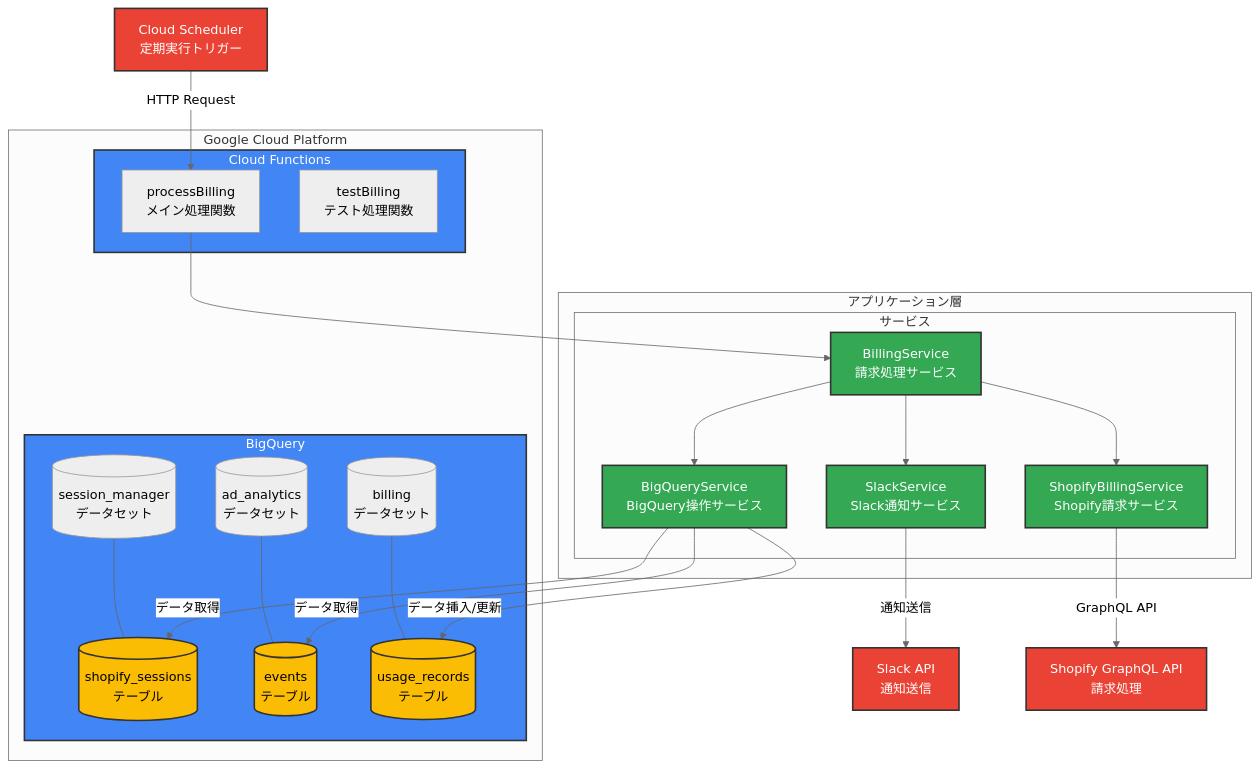
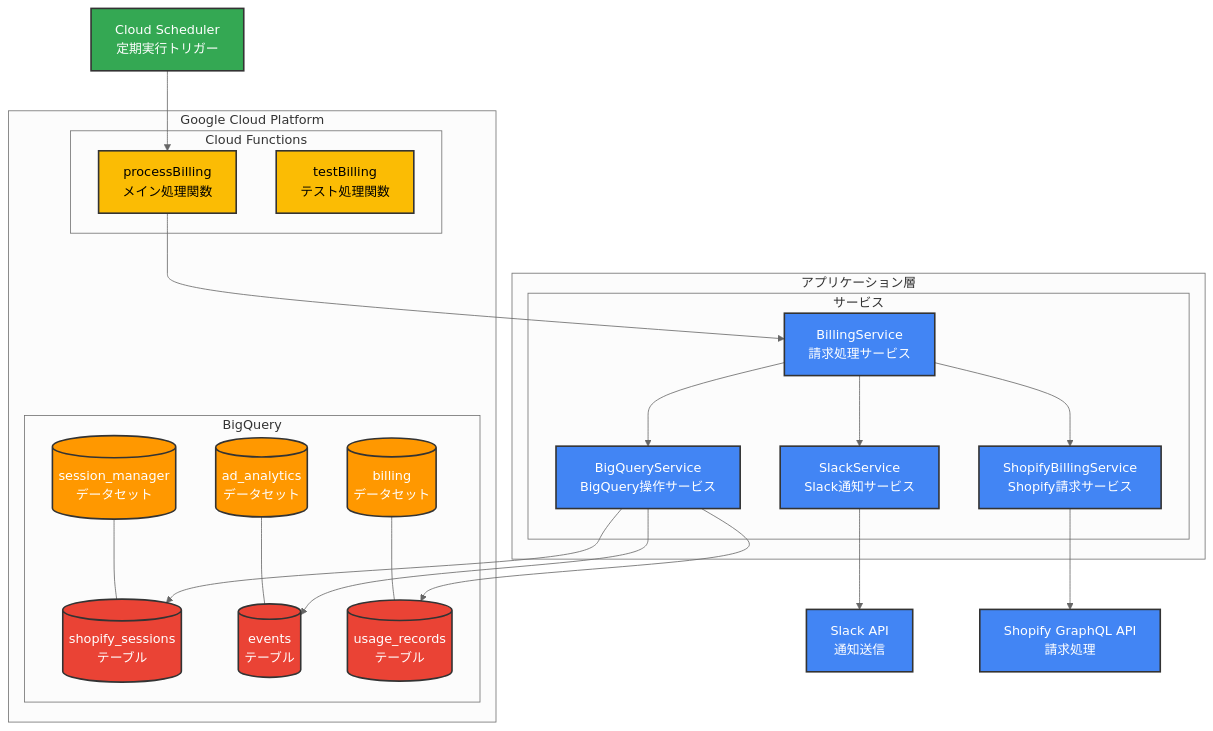
One commit to Trans-ltd/web-pixel-billing-batch changed the second of 2 diagrams in README.md. Above: the diagram before and after it, drawn with Mermaid (neutral theme). The commit also changed other lines of this file, not shown here.

First line of the commit message:
docs: 機能要件とアーキテクチャ図を大幅改善

````diff
--- a/README.md
+++ b/README.md
@@ -24,65 +91,63 @@
 ```mermaid
 graph TD
-    %% External Components
     CloudScheduler[Cloud Scheduler<br/>定期実行トリガー]
     SlackAPI[Slack API<br/>通知送信]
     ShopifyAPI[Shopify GraphQL API<br/>請求処理]
     
-    %% Google Cloud Platform
-    subgraph GCP ["Google Cloud Platform"]
-        subgraph CloudFunctions ["Cloud Functions"]
+    subgraph GCP [Google Cloud Platform]
+        subgraph CloudFunctions [Cloud Functions]
             MainFunction[processBilling<br/>メイン処理関数]
             TestFunction[testBilling<br/>テスト処理関数]
         end
         
-        subgraph BigQuery ["BigQuery"]
+        subgraph BigQuery [BigQuery]
             SessionDataset[(session_manager<br/>データセット)]
             AnalyticsDataset[(ad_analytics<br/>データセット)]
             BillingDataset[(billing<br/>データセット)]
             
             SessionsTable[(shopify_sessions<br/>テーブル)]
             EventsTable[(events<br/>テーブル)]
             UsageTable[(usage_records<br/>テーブル)]
             
             SessionDataset --- SessionsTable
             AnalyticsDataset --- EventsTable
             BillingDataset --- UsageTable
         end
     end
     
-    %% Application Layer
-    subgraph App ["アプリケーション層"]
-        subgraph Services ["サービス"]
+    subgraph App [アプリケーション層]
+        subgraph Services [サービス]
             BillingService[BillingService<br/>請求処理サービス]
             BigQueryService[BigQueryService<br/>BigQuery操作サービス]
             ShopifyBillingService[ShopifyBillingService<br/>Shopify請求サービス]
             SlackService[SlackService<br/>Slack通知サービス]
         end
     end
     
-    %% Data Flow
-    CloudScheduler -->|HTTP Request| MainFunction
+    CloudScheduler --> MainFunction
     MainFunction --> BillingService
     
     BillingService --> BigQueryService
     BillingService --> ShopifyBillingService
     BillingService --> SlackService
     
-    BigQueryService -->|データ取得| SessionsTable
-    BigQueryService -->|データ取得| EventsTable
-    BigQueryService -->|データ挿入/更新| UsageTable
+    BigQueryService --> SessionsTable
+    BigQueryService --> EventsTable
+    BigQueryService --> UsageTable
     
-    ShopifyBillingService -->|GraphQL API| ShopifyAPI
-    SlackService -->|通知送信| SlackAPI
+    ShopifyBillingService --> ShopifyAPI
+    SlackService --> SlackAPI
     
-    %% Styling
-    classDef gcpService fill:#4285f4,stroke:#333,stroke-width:2px,color:#fff
-    classDef appService fill:#34a853,stroke:#333,stroke-width:2px,color:#fff
-    classDef external fill:#ea4335,stroke:#333,stroke-width:2px,color:#fff
-    classDef data fill:#fbbc04,stroke:#333,stroke-width:2px,color:#000
+    classDef dbColor fill:#ea4335,stroke:#333,stroke-width:2px,color:#fff
+    classDef functionColor fill:#fbbc04,stroke:#333,stroke-width:2px,color:#000
+    classDef serviceColor fill:#4285f4,stroke:#333,stroke-width:2px,color:#fff
+    classDef triggerColor fill:#34a853,stroke:#333,stroke-width:2px,color:#fff
+    classDef datasetColor fill:#ff9800,stroke:#333,stroke-width:2px,color:#fff
     
-    class CloudScheduler,SlackAPI,ShopifyAPI external
-    class CloudFunctions,BigQuery gcpService
-    class BillingService,BigQueryService,ShopifyBillingService,SlackService appService
-    class SessionsTable,EventsTable,UsageTable data
+    class CloudScheduler triggerColor
+    class MainFunction,TestFunction functionColor
+    class BillingService,BigQueryService,ShopifyBillingService,SlackService,ShopifyAPI,SlackAPI serviceColor
+    class SessionsTable,EventsTable,UsageTable dbColor
+    class SessionDataset,AnalyticsDataset,BillingDataset datasetColor
+    class Monitor,Services,CloudFunctions subgraphBg
 ```
````
